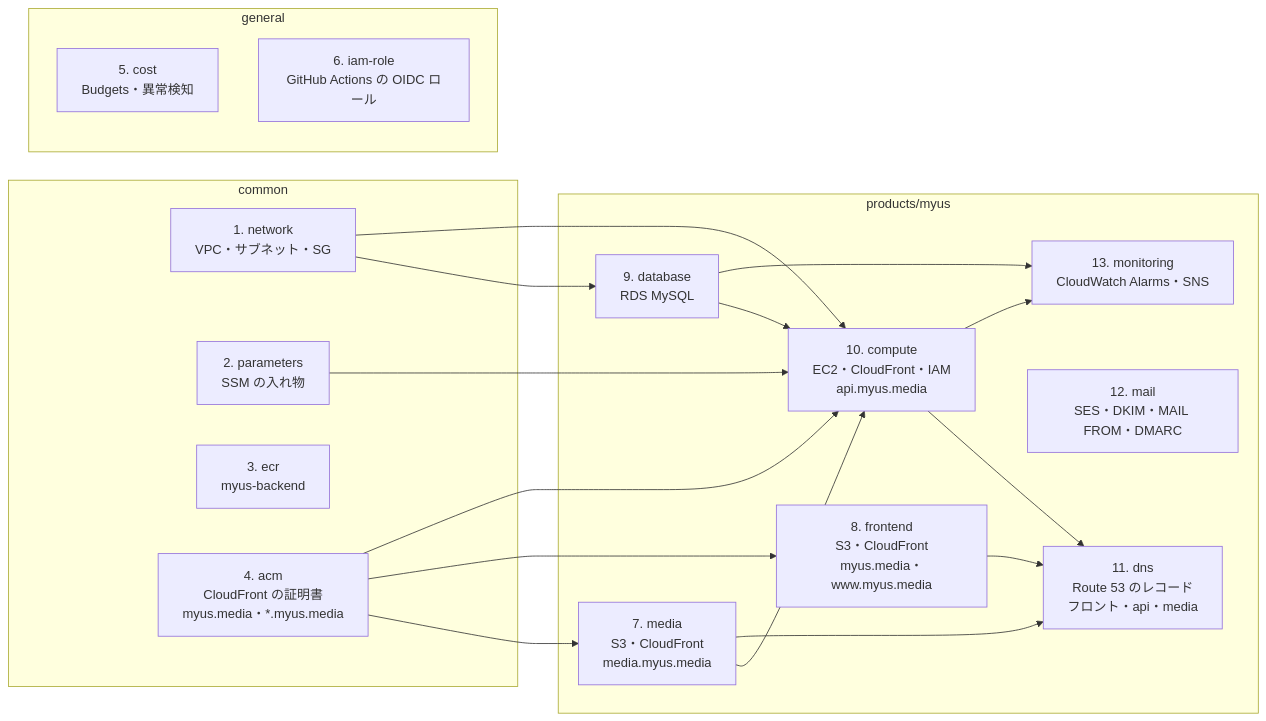
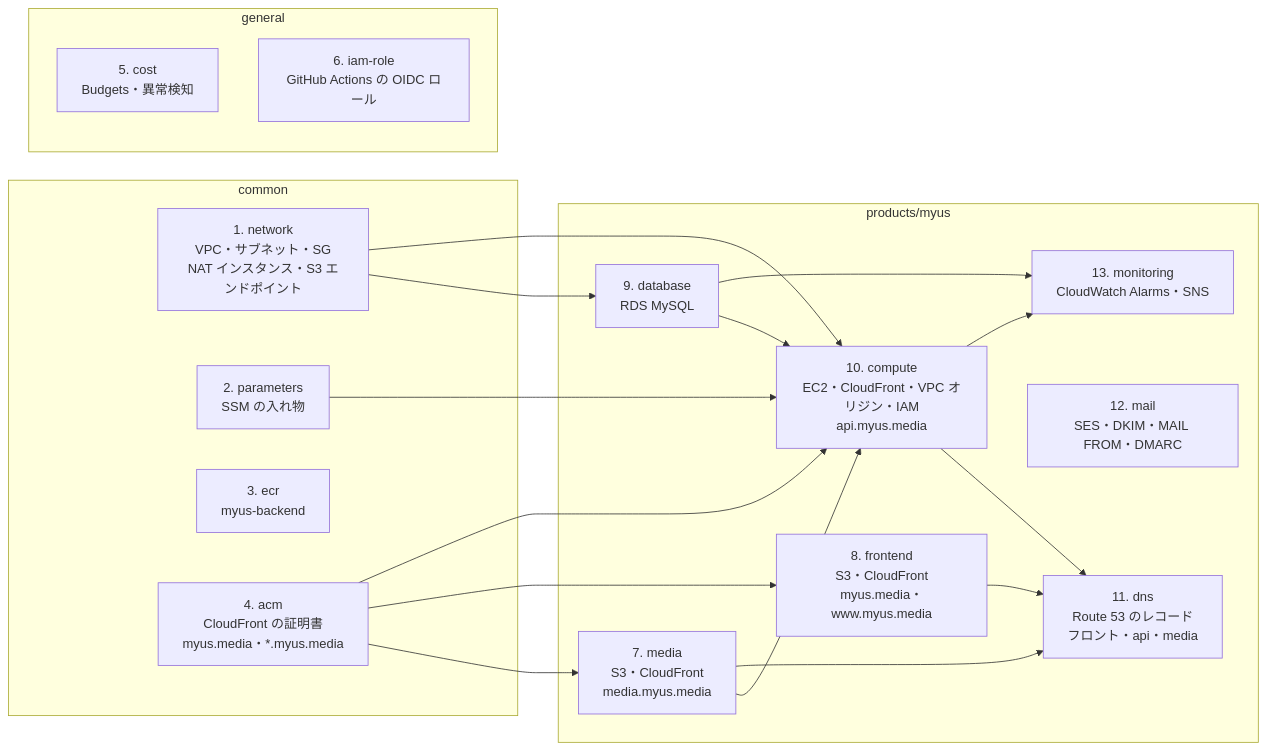
One commit to ANFINII/MyUs changed the third of 6 diagrams in docs/infrastructure.md. Above: the diagram before and after it, drawn with Mermaid. The commit also changed other lines of this file and 10 other files, not shown here.

First line of the commit message:
【infra】API の EC2 をプライベートサブネットに移し、CloudFront の VPC オリジンと NAT インスタンスでつなぐ (#1576)

````diff
--- a/docs/infrastructure.md
+++ b/docs/infrastructure.md
@@ -225,36 +228,36 @@
 ```mermaid
 flowchart LR
     subgraph common[common]
-        network[1. network<br/>VPC・サブネット・SG]
+        network[1. network<br/>VPC・サブネット・SG<br/>NAT インスタンス・S3 エンドポイント]
         parameters[2. parameters<br/>SSM の入れ物]
         ecr[3. ecr<br/>myus-backend]
         acm[4. acm<br/>CloudFront の証明書<br/>myus.media・*.myus.media]
     end
     subgraph general[general]
         cost[5. cost<br/>Budgets・異常検知]
         iam[6. iam-role<br/>GitHub Actions の OIDC ロール]
     end
     subgraph myus[products/myus]
         media[7. media<br/>S3・CloudFront<br/>media.myus.media]
         frontend[8. frontend<br/>S3・CloudFront<br/>myus.media・www.myus.media]
         database[9. database<br/>RDS MySQL]
-        compute[10. compute<br/>EC2・CloudFront・IAM<br/>api.myus.media]
+        compute[10. compute<br/>EC2・CloudFront・VPC オリジン・IAM<br/>api.myus.media]
         dns[11. dns<br/>Route 53 のレコード<br/>フロント・api・media]
         mail[12. mail<br/>SES・DKIM・MAIL FROM・DMARC]
         monitoring[13. monitoring<br/>CloudWatch Alarms・SNS]
     end
 
     acm --> media
     acm --> frontend
     acm --> compute
     network --> database
     network --> compute
     parameters --> compute
     database --> compute
     media --> compute
     media --> dns
     frontend --> dns
     compute --> dns
     database --> monitoring
     compute --> monitoring
 ```
````
